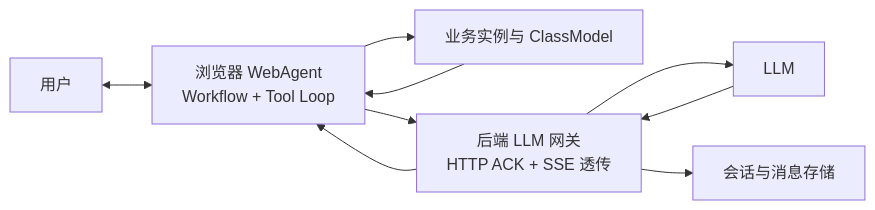
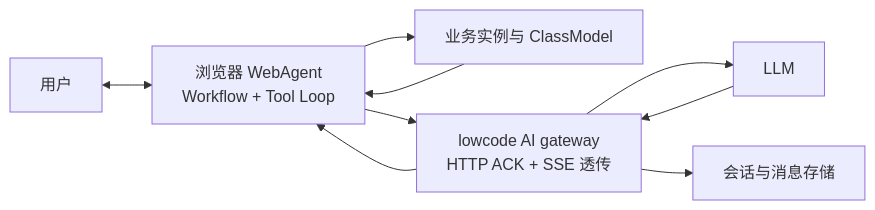
Before and after one commit to LMSpark/APPWORKS: the first of 2 diagrams in docs/webagent-ai-workflow-architecture-zh-cn.md, drawn with Mermaid. The commit also changed other lines of this file and 116 other files, not shown here.

````diff
--- a/docs/webagent-ai-workflow-architecture-zh-cn.md
+++ b/docs/webagent-ai-workflow-architecture-zh-cn.md
@@ -94,11 +94,11 @@
 ```mermaid
 flowchart LR
     U["用户"] <--> WA["浏览器 WebAgent\nWorkflow + Tool Loop"]
     WA --> BR["业务实例与 ClassModel"]
     BR --> WA
-    WA --> GW["后端 LLM 网关\nHTTP ACK + SSE 透传"]
+    WA --> GW["lowcode AI gateway\nHTTP ACK + SSE 透传"]
     GW --> LLM["LLM"]
     LLM --> GW
     GW --> WA
     GW --> DB["会话与消息存储"]
 ```
````
